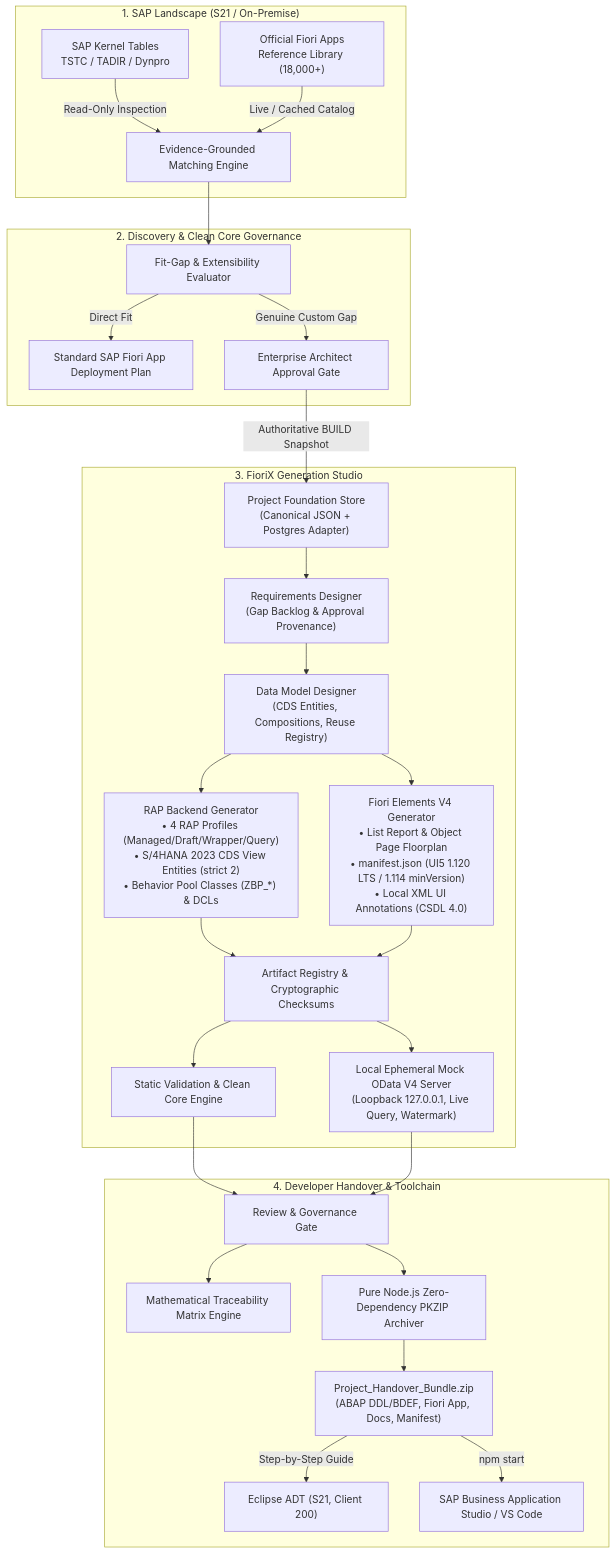
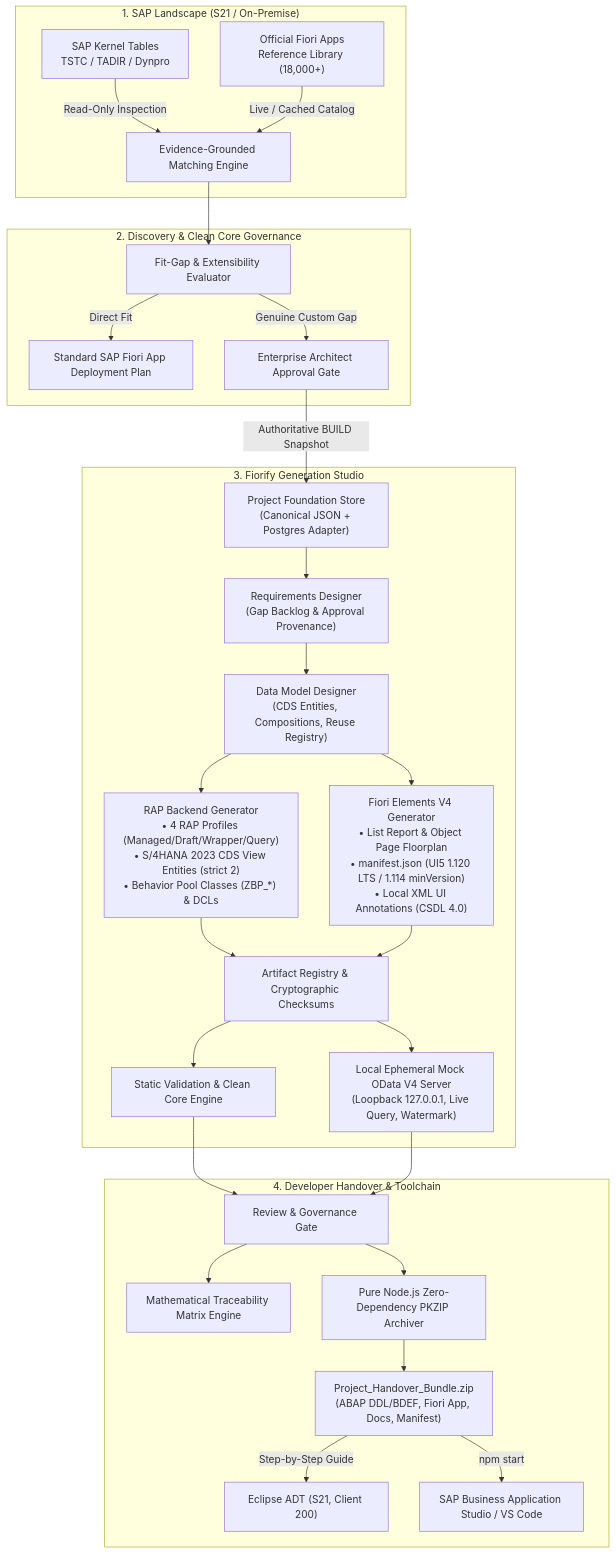
The diagram in README.md (samarth092005/Firorix), drawn with Mermaid before and after one commit. The commit also changed other lines of this file and 395 other files, not shown here.

Commit message:
feat: Generation Studio UI redesign, dynamic SAP FAL matching & assessment enhancements

````diff
--- a/README.md
+++ b/README.md
@@ -22,36 +22,36 @@
 ```mermaid
 flowchart TD
     subgraph SAP_Source ["1. SAP Landscape (S21 / On-Premise)"]
         TSTC["SAP Kernel Tables\nTSTC / TADIR / Dynpro"] -->|Read-Only Inspection| DISC_ENG
         FAL["Official Fiori Apps\nReference Library (18,000+)"] -->|Live / Cached Catalog| DISC_ENG
     end
 
     subgraph Discovery_Phase ["2. Discovery & Clean Core Governance"]
         DISC_ENG["Evidence-Grounded Matching Engine"] --> FITGAP["Fit-Gap & Extensibility Evaluator"]
         FITGAP -->|Direct Fit| STD_FIORI["Standard SAP Fiori App Deployment Plan"]
         FITGAP -->|Genuine Custom Gap| APPROVAL["Enterprise Architect Approval Gate"]
     end
 
-    subgraph GenStudio ["3. FioriX Generation Studio"]
+    subgraph GenStudio ["3. Fiorify Generation Studio"]
         APPROVAL -->|Authoritative BUILD Snapshot| GEN_PROJ["Project Foundation Store\n(Canonical JSON + Postgres Adapter)"]
         GEN_PROJ --> REQ_DES["Requirements Designer\n(Gap Backlog & Approval Provenance)"]
         REQ_DES --> DM_DES["Data Model Designer\n(CDS Entities, Compositions, Reuse Registry)"]
         
         DM_DES --> RAP_ENG["RAP Backend Generator\n• 4 RAP Profiles (Managed/Draft/Wrapper/Query)\n• S/4HANA 2023 CDS View Entities (strict 2)\n• Behavior Pool Classes (ZBP_*) & DCLs"]
         DM_DES --> FE_ENG["Fiori Elements V4 Generator\n• List Report & Object Page Floorplan\n• manifest.json (UI5 1.120 LTS / 1.114 minVersion)\n• Local XML UI Annotations (CSDL 4.0)"]
         
         RAP_ENG & FE_ENG --> ART_REG["Artifact Registry & Cryptographic Checksums"]
         ART_REG --> STATIC_VAL["Static Validation & Clean Core Engine"]
         ART_REG --> MOCK_SRV["Local Ephemeral Mock OData V4 Server\n(Loopback 127.0.0.1, Live Query, Watermark)"]
     end
 
     subgraph Handover_Phase ["4. Developer Handover & Toolchain"]
         STATIC_VAL & MOCK_SRV --> GOV_GATE["Review & Governance Gate"]
         GOV_GATE --> TRACE["Mathematical Traceability Matrix Engine"]
         GOV_GATE --> PKZIP["Pure Node.js Zero-Dependency PKZIP Archiver"]
         PKZIP --> BUNDLE["Project_Handover_Bundle.zip\n(ABAP DDL/BDEF, Fiori App, Docs, Manifest)"]
         
         BUNDLE -->|Step-by-Step Guide| ECLIPSE["Eclipse ADT (S21, Client 200)"]
         BUNDLE -->|npm start| BAS["SAP Business Application Studio / VS Code"]
     end
 ```
````
